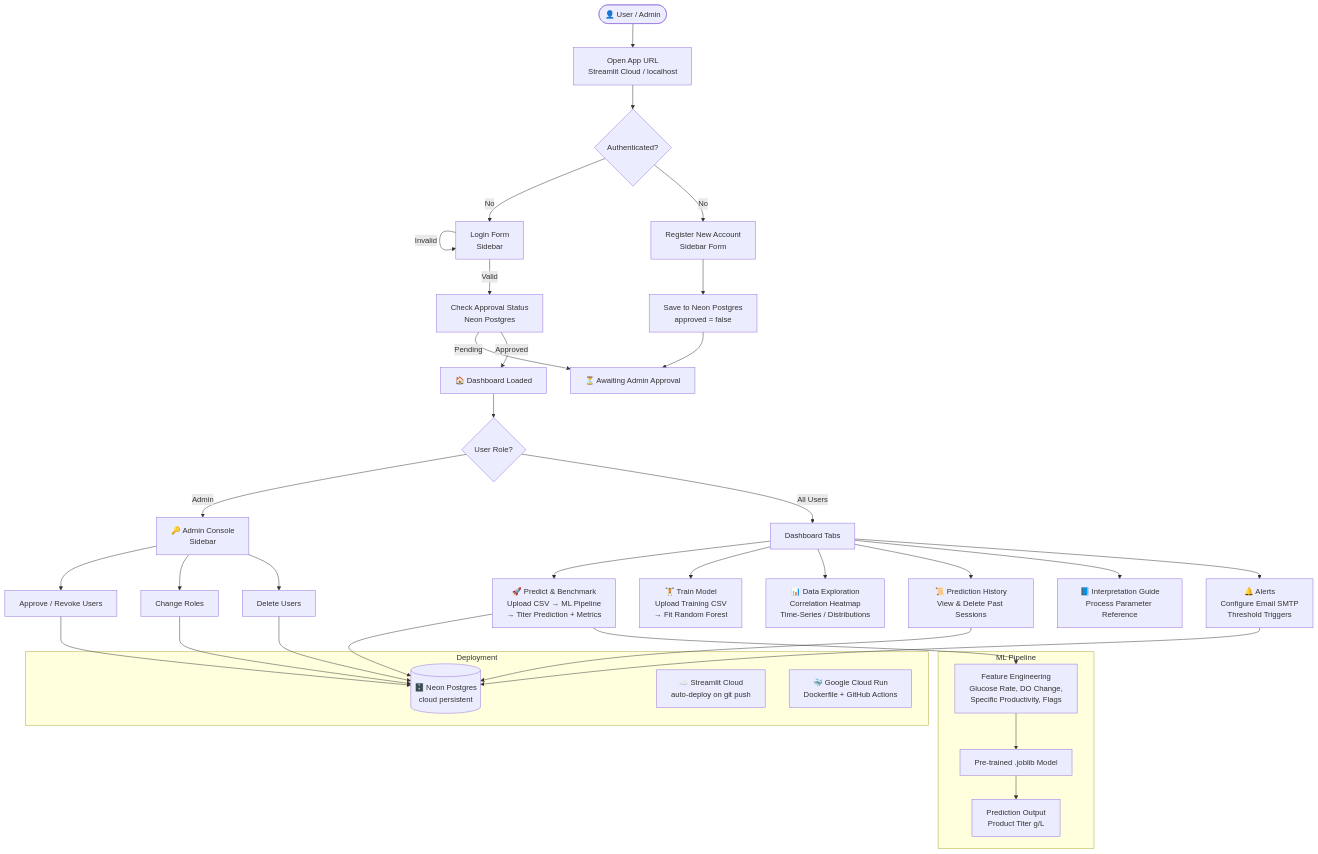
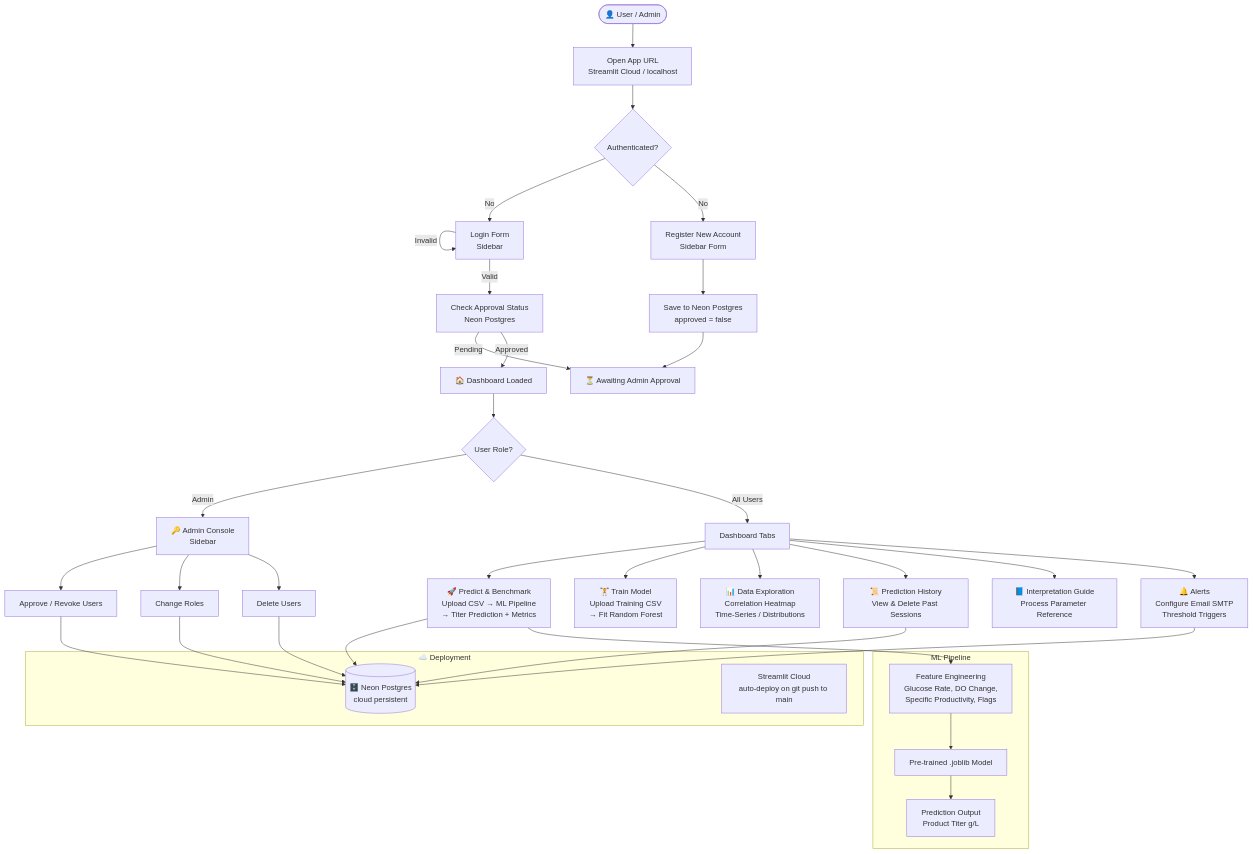
The diagram in README.md (nellurisairam/BioNexus-ML), drawn with Mermaid before and after one commit. The commit also changed other lines of this file, not shown here.

Commit message:
Remove obsolete Google Cloud Run references

````diff
--- a/README.md
+++ b/README.md
@@ -18,53 +18,52 @@
 ```mermaid
 flowchart TD
     A([👤 User / Admin]) --> B[Open App URL\nStreamlit Cloud / localhost]
     B --> C{Authenticated?}
 
     C -- No --> D[Login Form\nSidebar]
     D -- Invalid --> D
     D -- Valid --> E[Check Approval Status\nNeon Postgres]
     E -- Pending --> F[⏳ Awaiting Admin Approval]
     E -- Approved --> G[🏠 Dashboard Loaded]
 
     C -- No --> H[Register New Account\nSidebar Form]
     H --> I[Save to Neon Postgres\napproved = false]
     I --> F
 
     G --> J{User Role?}
 
     J -- Admin --> K[🔑 Admin Console\nSidebar]
     K --> K1[Approve / Revoke Users]
     K --> K2[Change Roles]
     K --> K3[Delete Users]
 
     J -- All Users --> L[Dashboard Tabs]
 
     L --> T1[🚀 Predict & Benchmark\nUpload CSV → ML Pipeline\n→ Titer Prediction + Metrics]
     L --> T2[🏋️ Train Model\nUpload Training CSV\n→ Fit Random Forest]
     L --> T3[📊 Data Exploration\nCorrelation Heatmap\nTime-Series / Distributions]
     L --> T4[📜 Prediction History\nView & Delete Past Sessions]
     L --> T5[📘 Interpretation Guide\nProcess Parameter Reference]
     L --> T6[🔔 Alerts\nConfigure Email SMTP\nThreshold Triggers]
 
     T1 --> DB[(🗄️ Neon Postgres\ncloud persistent)]
     T4 --> DB
     T6 --> DB
     K1 --> DB
     K2 --> DB
     K3 --> DB
 
-    subgraph Deployment
-        SC[☁️ Streamlit Cloud\nauto-deploy on git push]
-        GCR[🐳 Google Cloud Run\nDockerfile + GitHub Actions]
+    subgraph Deployment["☁️ Deployment"]
+        SC[Streamlit Cloud\nauto-deploy on git push to main]
         DB
     end
 
     subgraph ML Pipeline
         M1[Pre-trained .joblib Model]
         M2[Feature Engineering\nGlucose Rate, DO Change,\nSpecific Productivity, Flags]
         M3[Prediction Output\nProduct Titer g/L]
         M2 --> M1 --> M3
     end
 
     T1 --> M2
 ```
````
